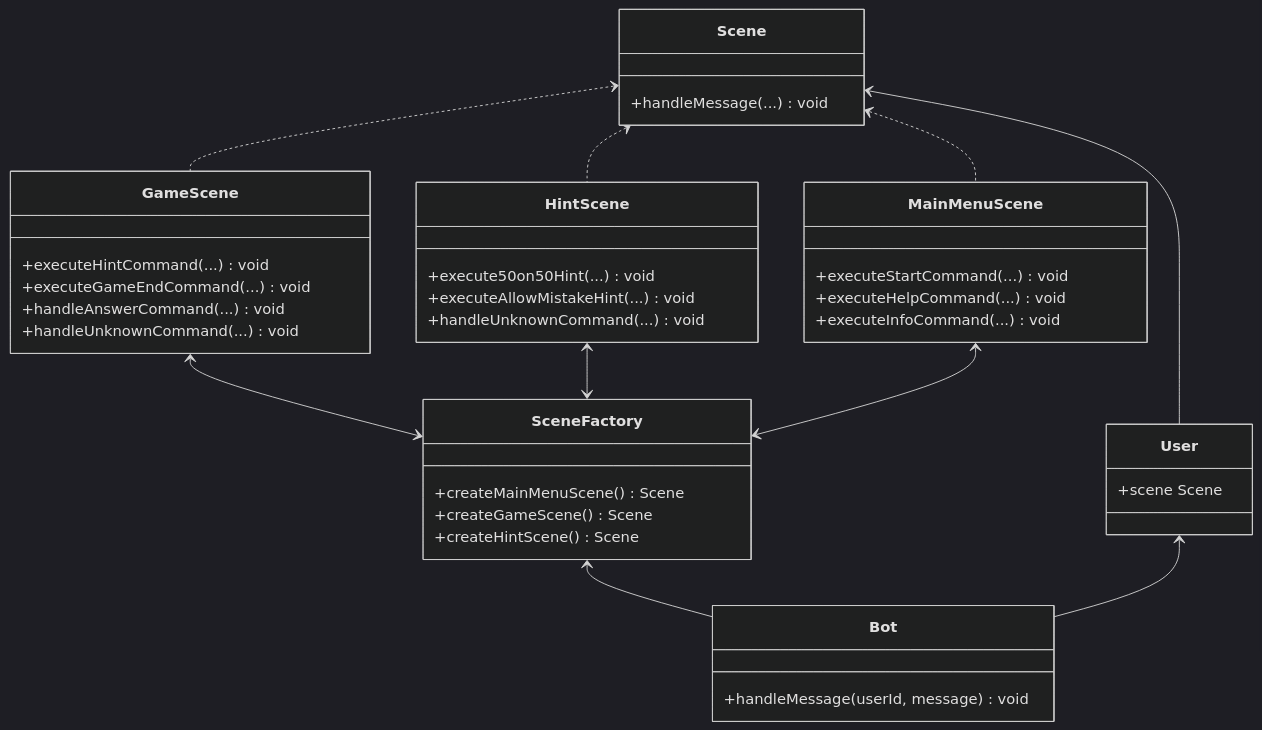
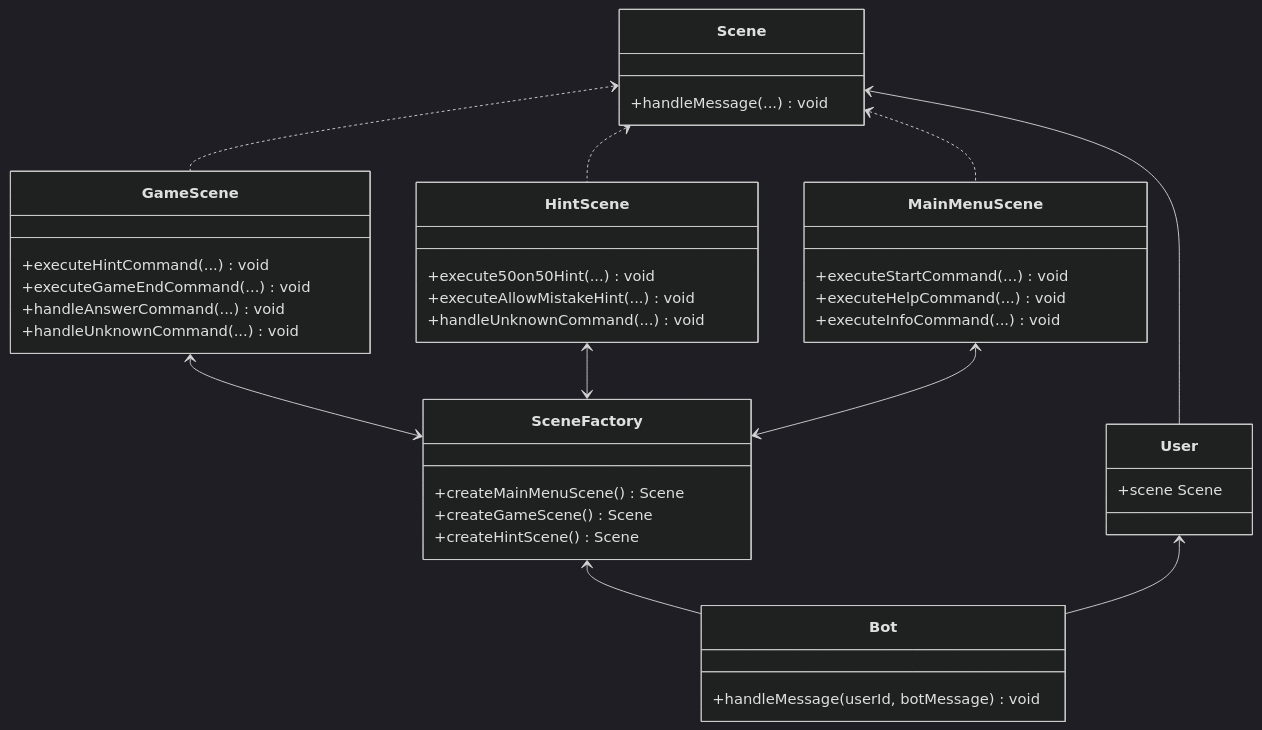
The diagram in README.md (LitleStuart/who-want-to-be-a-millionaire-telegram-bot), drawn with Mermaid (dark theme) before and after one commit. The commit also changed other lines of this file and 20 other files, not shown here.

````diff
--- a/README.md
+++ b/README.md
@@ -3,44 +3,44 @@
 ```mermaid
 classDiagram
 class Scene {
     +handleMessage(...) void
 }
 class SceneFactory {
     +createMainMenuScene() Scene
     +createGameScene() Scene
     +createHintScene() Scene
 }
 class GameScene {
     +executeHintCommand(...) void
     +executeGameEndCommand(...) void
     +handleAnswerCommand(...) void
     +handleUnknownCommand(...) void
 }
 class MainMenuScene {
     +executeStartCommand(...) void
     +executeHelpCommand(...) void
     +executeInfoCommand(...) void
 }
 class HintScene {
     +execute50on50Hint(...) void
     +executeAllowMistakeHint(...) void
     +handleUnknownCommand(...) void
 }
 class User {
     +scene Scene
 }
 class Bot {
-    +handleMessage(userId, message) void
+    +handleMessage(userId, botMessage) void
 }
 
 
 Scene <.. GameScene
 Scene <.. HintScene
 Scene <.. MainMenuScene
 GameScene <--> SceneFactory
 HintScene <--> SceneFactory
 MainMenuScene <--> SceneFactory
 Scene <-- User
 SceneFactory <-- Bot
 User <-- Bot
 ```
````
